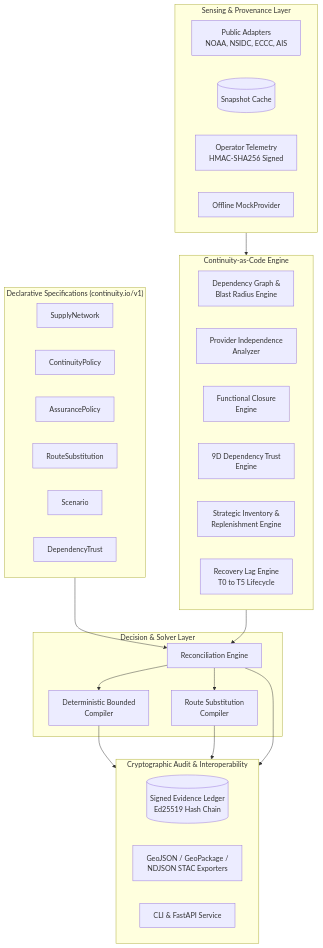
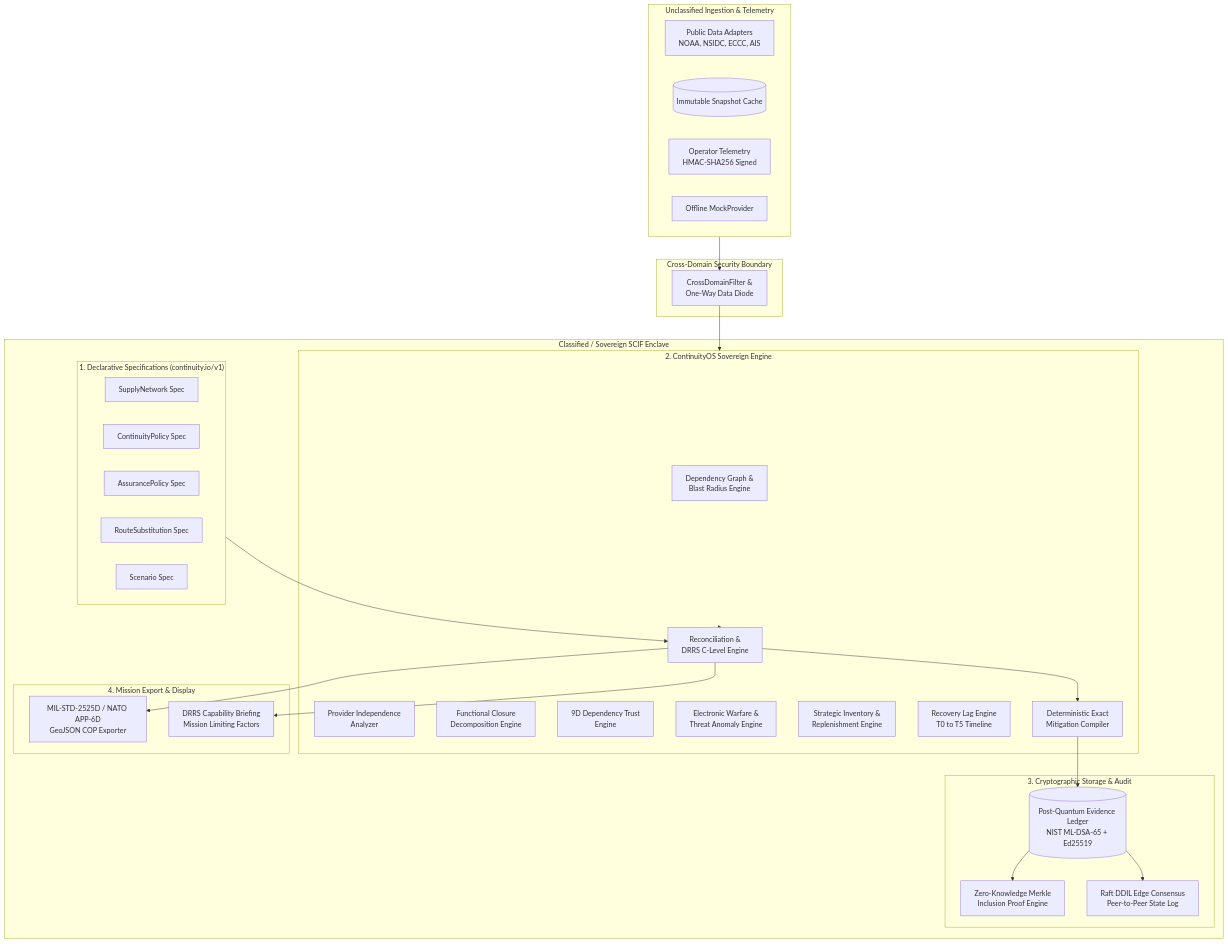
One commit to Hardonian/continuityos changed the first of 3 diagrams in docs/ARCHITECTURE.md. Above: the diagram before and after it, drawn with Mermaid. The commit also changed other lines of this file and 4 other files, not shown here.

````diff
--- a/docs/ARCHITECTURE.md
+++ b/docs/ARCHITECTURE.md
@@ -44,48 +46,57 @@
 ```mermaid
 flowchart TD
-    subgraph DeclarativeLayer ["Declarative Specifications (continuity.io/v1)"]
-        SN[SupplyNetwork]
-        CP[ContinuityPolicy]
-        AP[AssurancePolicy]
-        RS[RouteSubstitution]
-        SC[Scenario]
-        DT[DependencyTrust]
+    subgraph EnclaveClassified ["Classified / Sovereign SCIF Enclave"]
+        subgraph DeclarativeSpecs ["1. Declarative Specifications (continuity.io/v1)"]
+            SN[SupplyNetwork Spec]
+            CP[ContinuityPolicy Spec]
+            AP[AssurancePolicy Spec]
+            RS[RouteSubstitution Spec]
+            SC[Scenario Spec]
+        end
+
+        subgraph CoreRuntime ["2. ContinuityOS Sovereign Engine"]
+            GRAPH[Dependency Graph &<br/>Blast Radius Engine]
+            IND[Provider Independence<br/>Analyzer]
+            CLOSURE[Functional Closure<br/>Decomposition Engine]
+            TRUST[9D Dependency Trust<br/>Engine]
+            THREAT[Electronic Warfare &<br/>Threat Anomaly Engine]
+            INV[Strategic Inventory &<br/>Replenishment Engine]
+            REC_LAG[Recovery Lag Engine<br/>T0 to T5 Timeline]
+            RECON[Reconciliation &<br/>DRRS C-Level Engine]
+            SOLVER[Deterministic Exact<br/>Mitigation Compiler]
+        end
+
+        subgraph CryptographicStore ["3. Cryptographic Storage & Audit"]
+            LEDGER[(Post-Quantum Evidence Ledger<br/>NIST ML-DSA-65 + Ed25519)]
+            MERKLE[Zero-Knowledge Merkle<br/>Inclusion Proof Engine]
+            CONSENSUS[Raft DDIL Edge Consensus<br/>Peer-to-Peer State Log]
+        end
+
+        subgraph TacticalCOP ["4. Mission Export & Display"]
+            COP[MIL-STD-2525D / NATO APP-6D<br/>GeoJSON COP Exporter]
+            DRRS[DRRS Capability Briefing<br/>Mission Limiting Factors]
+        end
     end
 
-    subgraph IngestionLayer ["Sensing & Provenance Layer"]
-        ADAPT[Public Adapters<br/>NOAA, NSIDC, ECCC, AIS]
-        SNAP[(Snapshot Cache)]
+    subgraph CrossDomainDiode ["Cross-Domain Security Boundary"]
+        FILTER[CrossDomainFilter &<br/>One-Way Data Diode]
+    end
+
+    subgraph PublicUnclassified ["Unclassified Ingestion & Telemetry"]
+        ADAPT[Public Data Adapters<br/>NOAA, NSIDC, ECCC, AIS]
+        SNAP[(Immutable Snapshot Cache)]
         TELEM[Operator Telemetry<br/>HMAC-SHA256 Signed]
         MOCK[Offline MockProvider]
     end
 
-    subgraph AnalyticalLayer ["Continuity-as-Code Engine"]
-        GRAPH[Dependency Graph &<br/>Blast Radius Engine]
-        IND[Provider Independence<br/>Analyzer]
-        CLOSURE[Functional Closure<br/>Engine]
-        TRUST[9D Dependency Trust<br/>Engine]
-        INV[Strategic Inventory &<br/>Replenishment Engine]
-        REC_LAG[Recovery Lag Engine<br/>T0 to T5 Lifecycle]
-    end
-
-    subgraph DecisionLayer ["Decision & Solver Layer"]
-        RECON[Reconciliation Engine]
-        SOLVER[Deterministic Bounded<br/>Compiler]
-        SUB_COMP[Route Substitution<br/>Compiler]
-    end
-
-    subgraph AuditLayer ["Cryptographic Audit & Interoperability"]
-        LEDGER[(Signed Evidence Ledger<br/>Ed25519 Hash Chain)]
-        EXPORT[GeoJSON / GeoPackage /<br/>NDJSON STAC Exporters]
-        CLI[CLI & FastAPI Service]
-    end
-
-    DeclarativeLayer --> RECON
-    IngestionLayer --> AnalyticalLayer
-    AnalyticalLayer --> RECON
+    PublicUnclassified --> FILTER
+    FILTER --> CoreRuntime
+    DeclarativeSpecs --> RECON
+    CoreRuntime --> RECON
     RECON --> SOLVER
-    RECON --> SUB_COMP
-    SOLVER --> AuditLayer
-    SUB_COMP --> AuditLayer
-    RECON --> AuditLayer
+    SOLVER --> LEDGER
+    RECON --> DRRS
+    RECON --> COP
+    LEDGER --> MERKLE
+    LEDGER --> CONSENSUS
 ```
````
